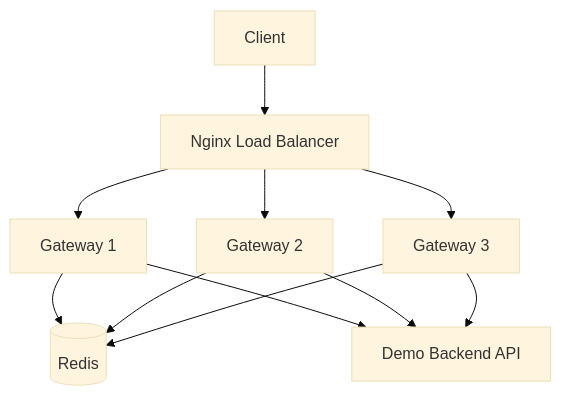
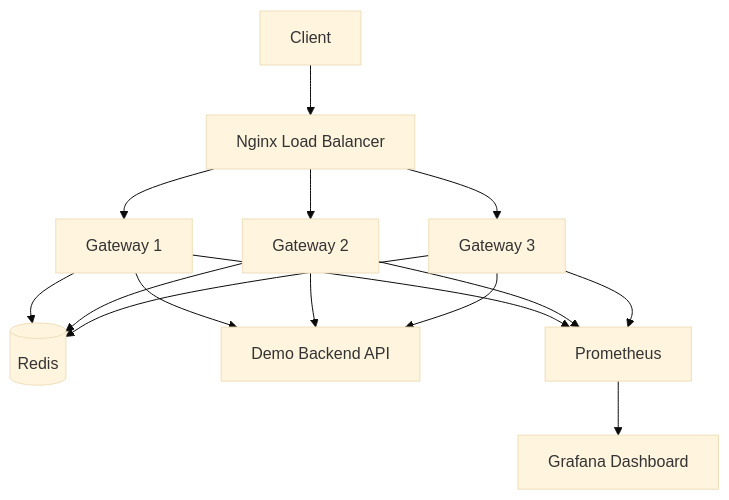
The diagram in README.md (andygonzalezhp/distributed-rate-limiter), drawn with Mermaid (base theme) before and after one commit. The commit also changed other lines of this file and 4 other files, not shown here.

Commit message:
Finalize README and Grafana dashboard

````diff
--- a/README.md
+++ b/README.md
@@ -33,16 +17,20 @@
 ```mermaid
 flowchart TD
     Client[Client] --> Nginx[Nginx Load Balancer]
-
     Nginx --> G1[Gateway 1]
     Nginx --> G2[Gateway 2]
     Nginx --> G3[Gateway 3]
 
     G1 --> Redis[(Redis)]
     G2 --> Redis
     G3 --> Redis
 
     G1 --> API[Demo Backend API]
     G2 --> API
     G3 --> API
+
+    G1 --> Prometheus[Prometheus]
+    G2 --> Prometheus
+    G3 --> Prometheus
+    Prometheus --> Grafana[Grafana Dashboard]
 ```
````
